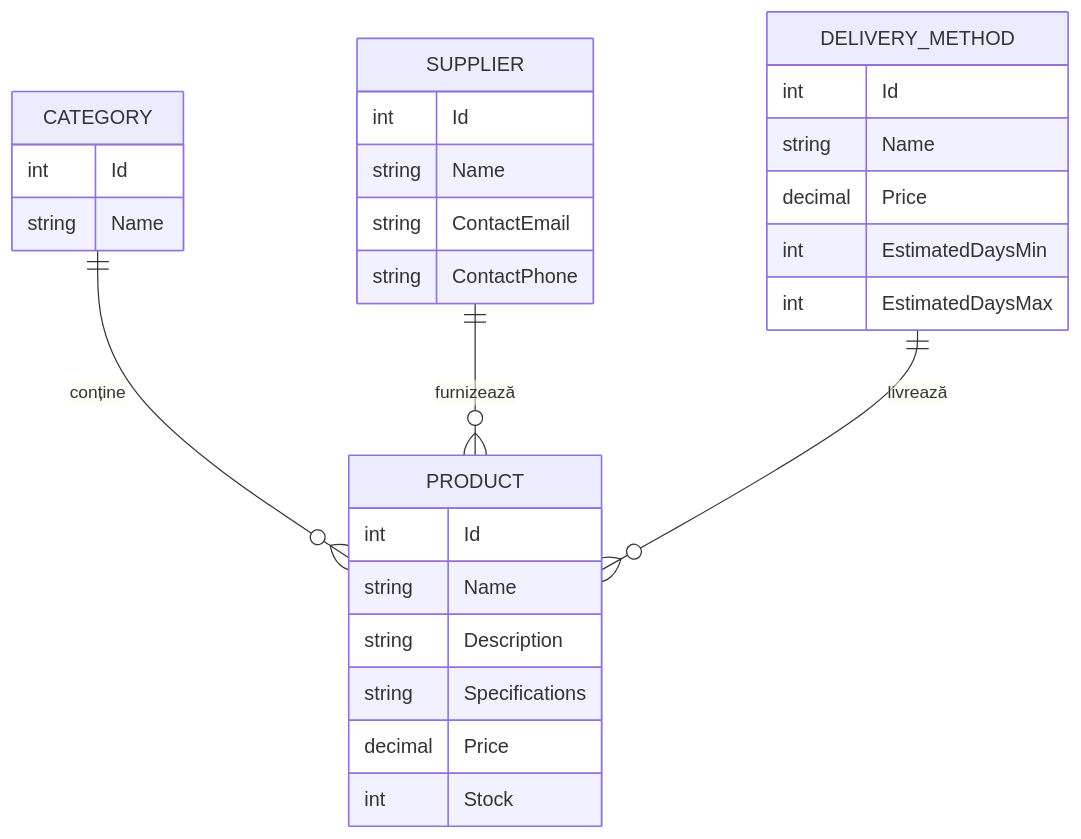
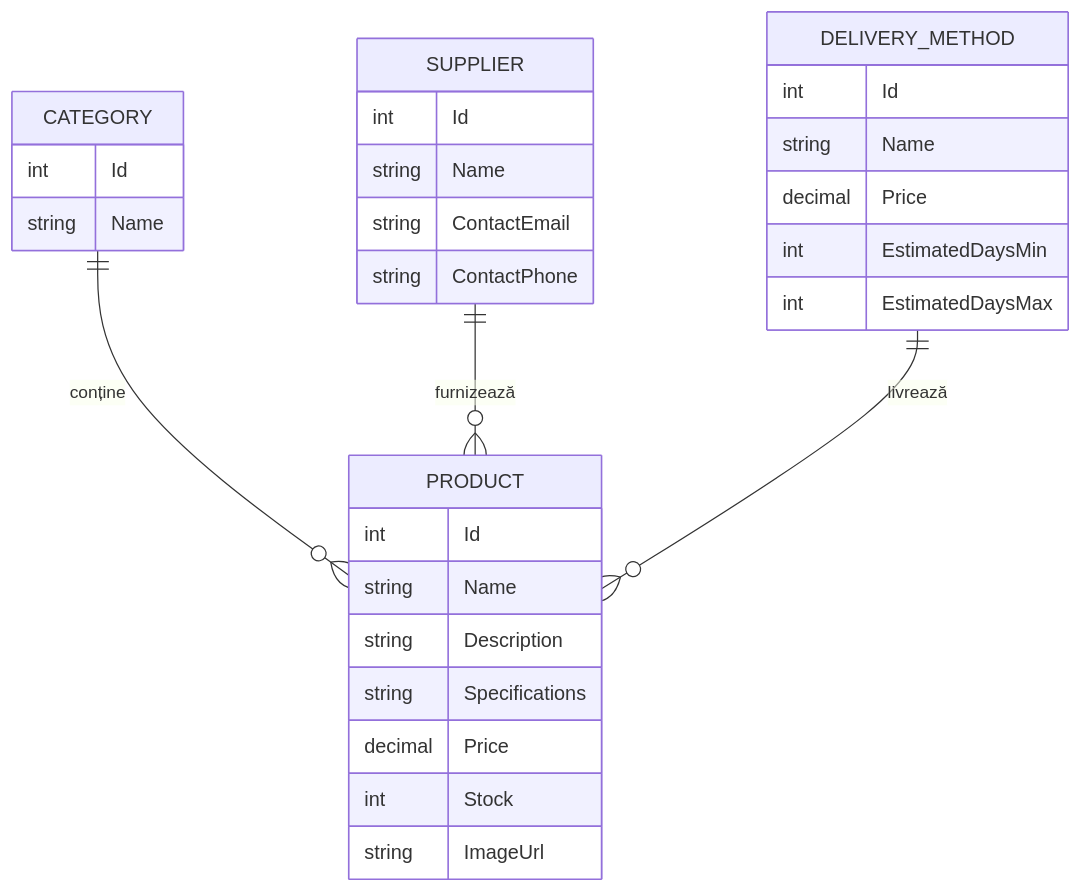
One commit to NicuMijache/LagStore changed the first of 2 diagrams in README.md. Above: the diagram before and after it, drawn with Mermaid. The commit also changed other lines of this file, not shown here.

````diff
--- a/README.md
+++ b/README.md
@@ -60,32 +117,33 @@
 ```mermaid
 erDiagram
     CATEGORY ||--o{ PRODUCT : "conține"
     SUPPLIER ||--o{ PRODUCT : "furnizează"
     DELIVERY_METHOD ||--o{ PRODUCT : "livrează"
 
     PRODUCT {
         int Id
         string Name
         string Description
         string Specifications
         decimal Price
         int Stock
+        string ImageUrl
     }
     CATEGORY {
         int Id
         string Name
     }
     SUPPLIER {
         int Id
         string Name
         string ContactEmail
         string ContactPhone
     }
     DELIVERY_METHOD {
         int Id
         string Name
         decimal Price
         int EstimatedDaysMin
         int EstimatedDaysMax
     }
 ```
````
